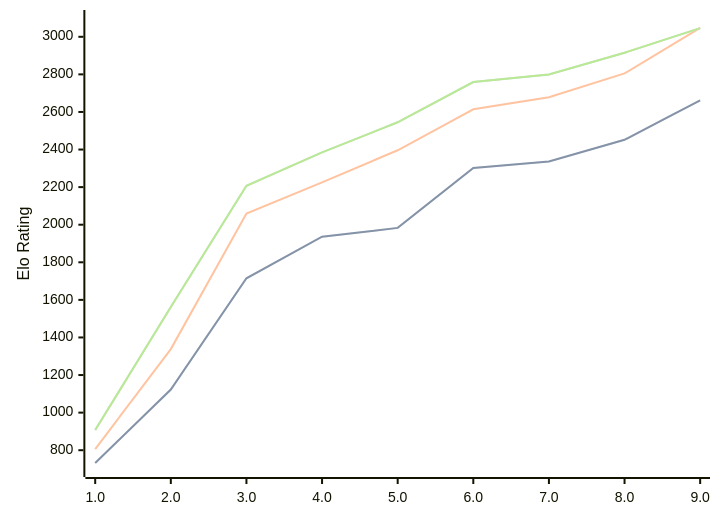
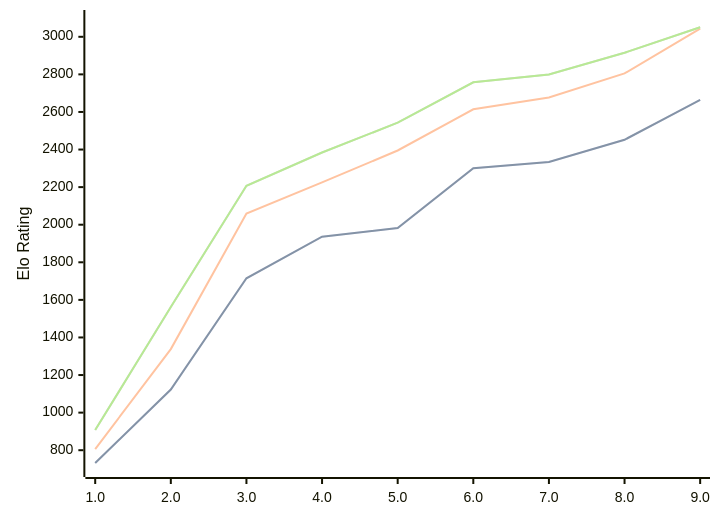
Before and after one commit to computer-chess-index/cci: the diagram in engines/Pea.md, drawn with Mermaid. The commit also changed other lines of this file, not shown here.

Commit message:
Update CCI Ratings (ELO VLTC) - 2026-06-10

````diff
--- a/engines/Pea.md
+++ b/engines/Pea.md
@@ -39,11 +39,11 @@
 ```mermaid
 %%{init: {"theme":"base","themeVariables":{"seriesColors:['#a3a3a3','#222221','#faa371']}}}%%
 xychart-beta
   x-axis ["1.0", "2.0", "3.0", "4.0", "5.0", "6.0", "7.0", "8.0", "9.0"]
   y-axis "Elo Rating" 700 --> 3100
-  line "STC (8.0+0.08s)" [732, 1123, 1715, 1936, 1983, 2302, 2336, 2452, 2662]
-  line "STC (8.0+0.08s)" [732, 1123, 1715, 1936, 1983, 2302, 2336, 2452, 2662]
-  line "LTC (60.0+0.60s)" [806, 1338, 2059, 2225, 2396, 2614, 2678, 2805, 3048]
-  line "VLTC (2m24s+1.12s)" [907, 1562, 2207, 2385, 2545, 2759, 2799, 2915, 3046]
-  line "VLTC (2m24s+1.12s)" [907, 1562, 2207, 2385, 2545, 2759, 2799, 2915, 3046]
+  line "STC (8.0+0.08s)" [732, 1123, 1715, 1936, 1982, 2300, 2334, 2452, 2664]
+  line "STC (8.0+0.08s)" [732, 1123, 1715, 1936, 1982, 2300, 2334, 2452, 2664]
+  line "LTC (60.0+0.60s)" [806, 1338, 2059, 2225, 2395, 2614, 2677, 2805, 3043]
+  line "VLTC (2m24s+1.12s)" [907, 1562, 2207, 2384, 2543, 2758, 2799, 2915, 3051]
+  line "VLTC (2m24s+1.12s)" [907, 1562, 2207, 2384, 2543, 2758, 2799, 2915, 3051]
 ```
````
